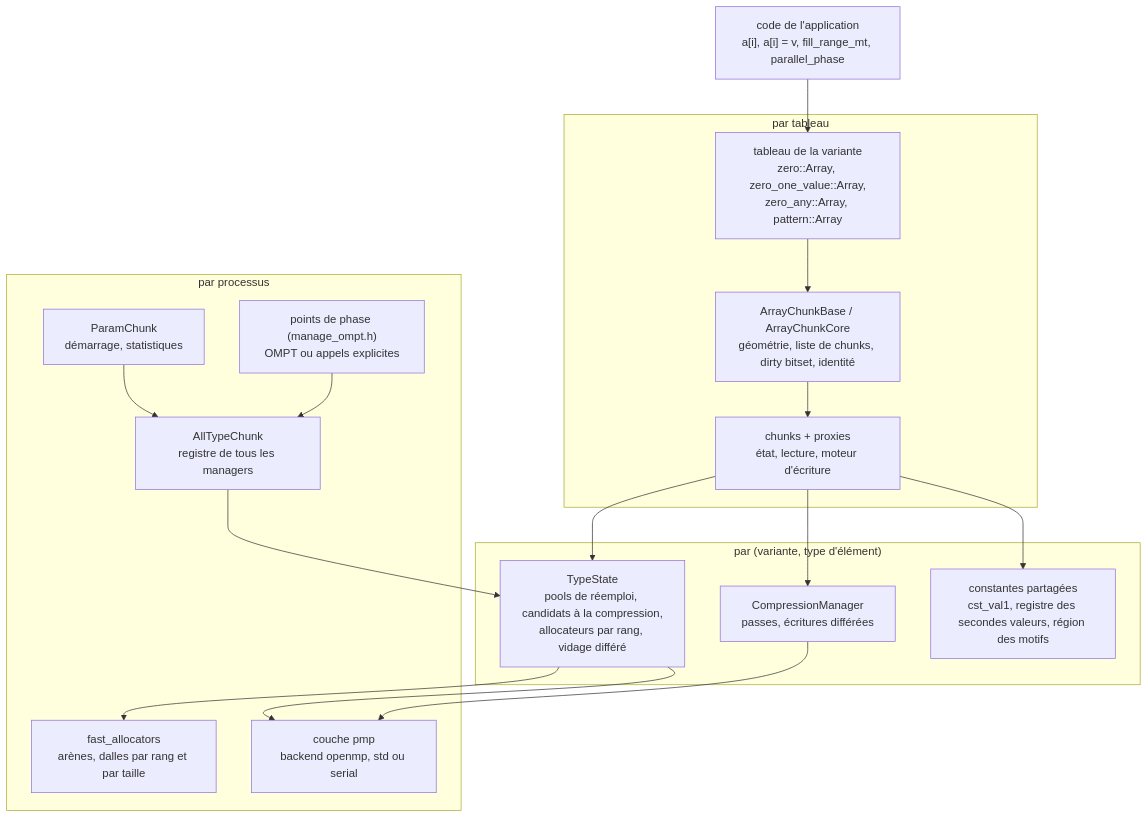
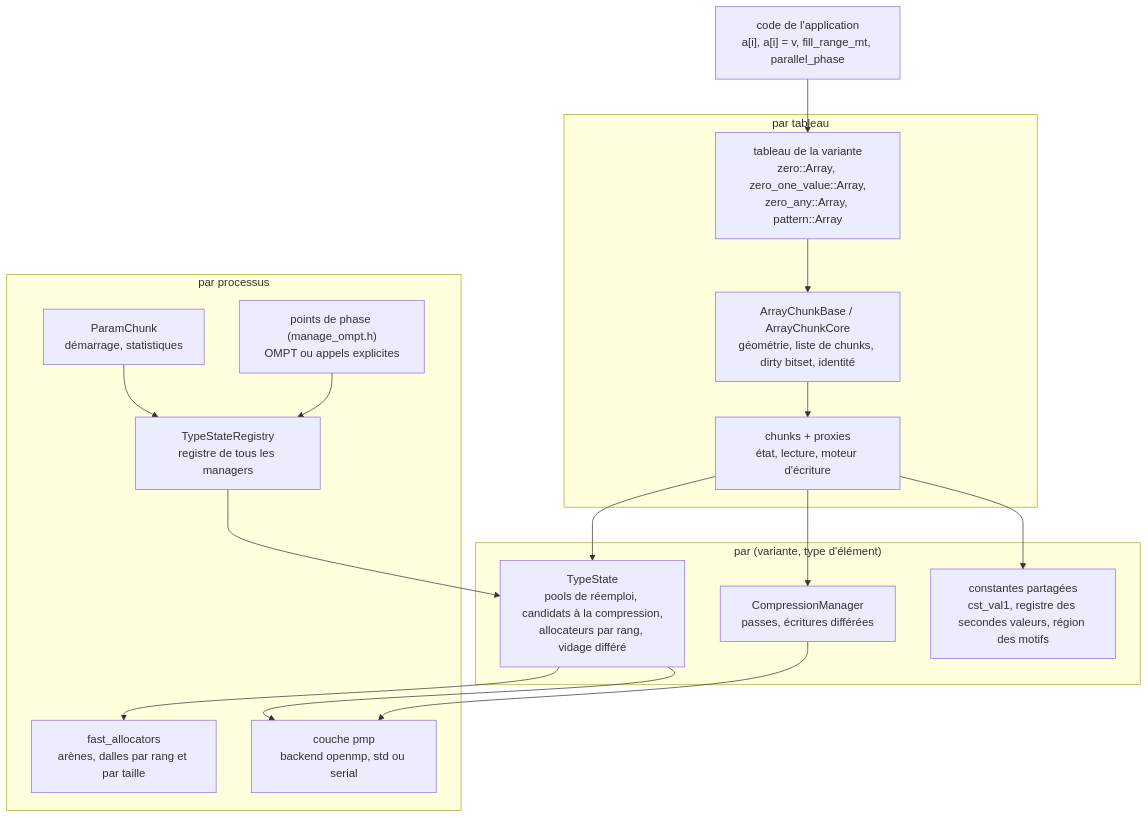
Before and after one commit to cea-hpc/shrink-array: the second of 3 diagrams in docs/conception_fr.md, drawn with Mermaid. The commit also changed other lines of this file and 42 other files, not shown here.

First line of the commit message:
AllTypeChunk is now TypeStateRegistry

````diff
--- a/docs/conception_fr.md
+++ b/docs/conception_fr.md
@@ -74,31 +74,31 @@
 ```mermaid
 flowchart TB
     app["code de l'application<br/>a[i], a[i] = v, fill_range_mt, parallel_phase"]
     subgraph per_array["par tableau"]
         arr["tableau de la variante<br/>zero::Array, zero_one_value::Array,<br/>zero_any::Array, pattern::Array"]
         base["ArrayChunkBase / ArrayChunkCore<br/>géométrie, liste de chunks, dirty bitset, identité"]
         chk["chunks + proxies<br/>état, lecture, moteur d'écriture"]
     end
     subgraph per_type["par (variante, type d'élément)"]
         mgr["TypeState<br/>pools de réemploi, candidats à la compression,<br/>allocateurs par rang, vidage différé"]
         cmp["CompressionManager<br/>passes, écritures différées"]
         reg["constantes partagées<br/>cst_val1, registre des secondes valeurs, région des motifs"]
     end
     subgraph per_process["par processus"]
-        all["AllTypeChunk<br/>registre de tous les managers"]
+        all["TypeStateRegistry<br/>registre de tous les managers"]
         par["ParamChunk<br/>démarrage, statistiques"]
         phase["points de phase (manage_ompt.h)<br/>OMPT ou appels explicites"]
         pmp["couche pmp<br/>backend openmp, std ou serial"]
         fa["fast_allocators<br/>arènes, dalles par rang et par taille"]
     end
     app --> arr --> base --> chk
     chk --> mgr
     chk --> cmp
     chk --> reg
     mgr --> fa
     all --> mgr
     par --> all
     phase --> all
     cmp --> pmp
     mgr --> pmp
 ```
````
